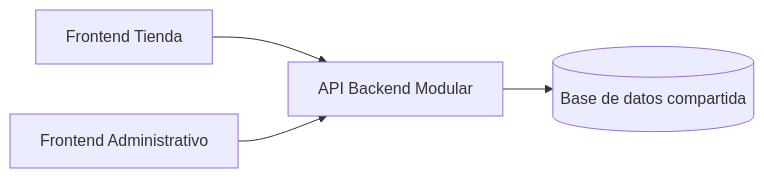
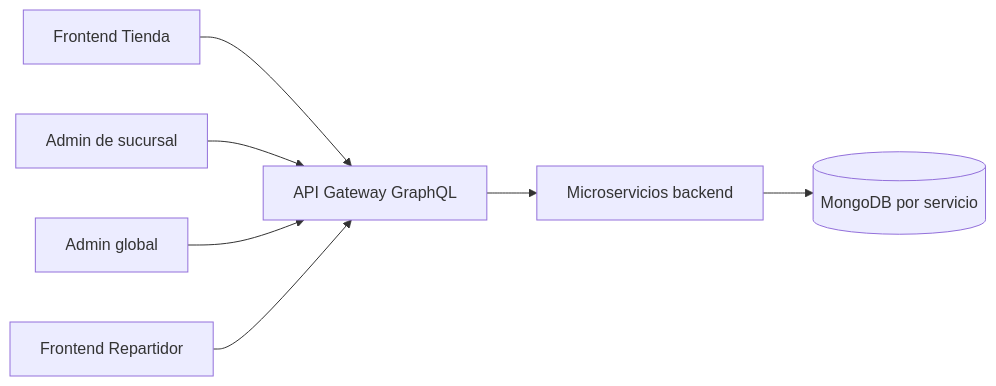
Before and after one commit to thomasbarenghi/desa-apps-prueba: the first of 5 diagrams in client/docs/requerimientos-funcionales.md, drawn with Mermaid. The commit also changed other lines of this file and 2 other files, not shown here.

First line of the commit message:
docs(plan): add backend microservices architecture and API requirements

````diff
--- a/client/docs/requerimientos-funcionales.md
+++ b/client/docs/requerimientos-funcionales.md
@@ -47,6 +54,9 @@
 ```mermaid
 flowchart LR
-    STORE[Frontend Tienda] --> API[API Backend Modular]
-    ADMIN[Frontend Administrativo] --> API
-    API --> DB[(Base de datos compartida)]
+    STORE[Frontend Tienda] --> GW[API Gateway GraphQL]
+    ADMIN[Admin de sucursal] --> GW
+    GLOBAL[Admin global] --> GW
+    RIDER[Frontend Repartidor] --> GW
+    GW --> SVC[Microservicios backend]
+    SVC --> DB[(MongoDB por servicio)]
 ```
````
